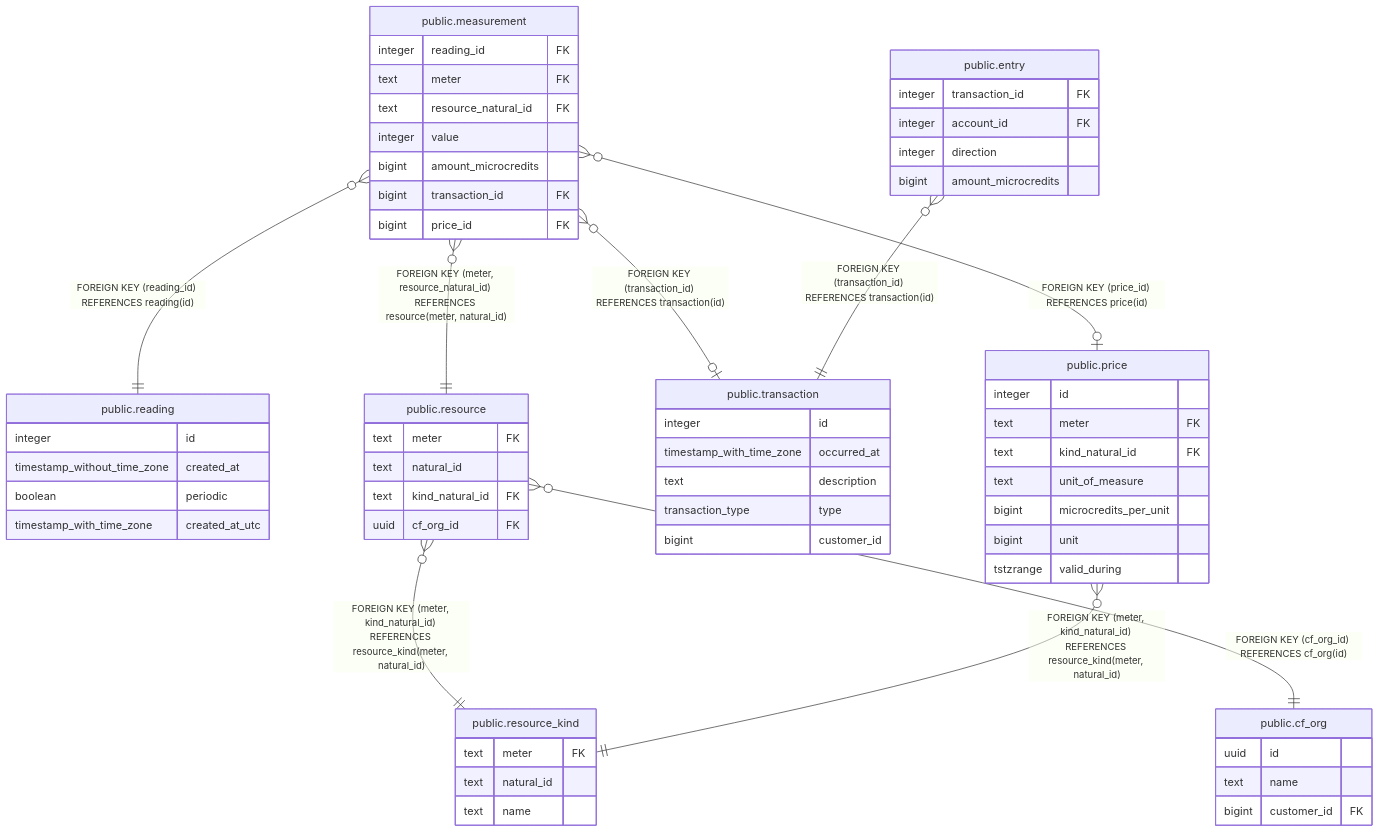
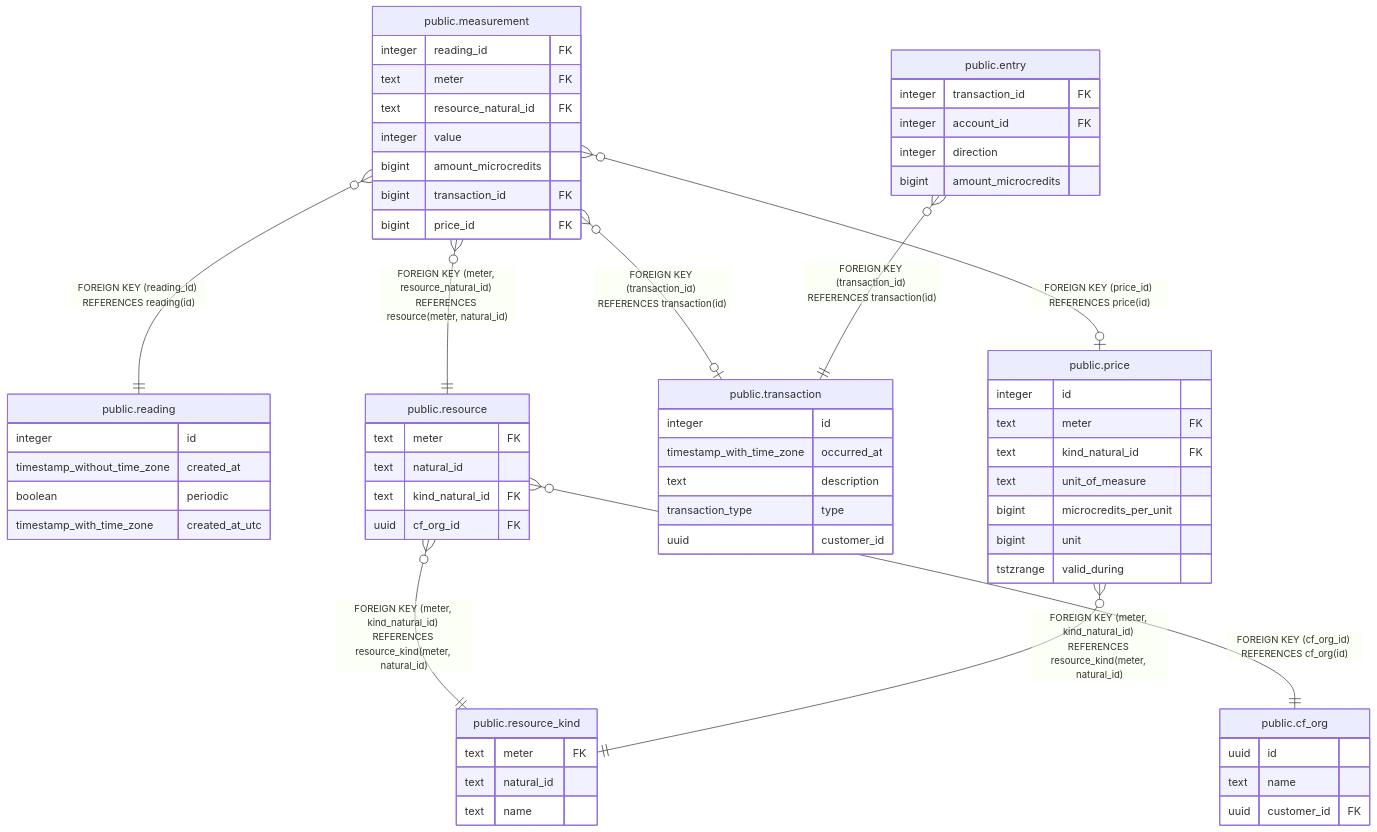
One commit to cloud-gov/billing changed the diagram in docs/db-schema/public.measurement.md. Above: the diagram before and after it, drawn with Mermaid. The commit also changed 15 other files, not shown here.

````diff
--- a/docs/db-schema/public.measurement.md
+++ b/docs/db-schema/public.measurement.md
@@ -35,66 +35,66 @@
 ```mermaid
 erDiagram
 
 "public.measurement" }o--|| "public.reading" : "FOREIGN KEY (reading_id) REFERENCES reading(id)"
 "public.measurement" }o--|| "public.resource" : "FOREIGN KEY (meter, resource_natural_id) REFERENCES resource(meter, natural_id)"
 "public.resource" }o--|| "public.resource_kind" : "FOREIGN KEY (meter, kind_natural_id) REFERENCES resource_kind(meter, natural_id)"
 "public.resource" }o--|| "public.cf_org" : "FOREIGN KEY (cf_org_id) REFERENCES cf_org(id)"
 "public.measurement" }o--o| "public.transaction" : "FOREIGN KEY (transaction_id) REFERENCES transaction(id)"
 "public.entry" }o--|| "public.transaction" : "FOREIGN KEY (transaction_id) REFERENCES transaction(id)"
 "public.measurement" }o--o| "public.price" : "FOREIGN KEY (price_id) REFERENCES price(id)"
 "public.price" }o--|| "public.resource_kind" : "FOREIGN KEY (meter, kind_natural_id) REFERENCES resource_kind(meter, natural_id)"
 
 "public.measurement" {
   integer reading_id FK
   text meter FK
   text resource_natural_id FK
   integer value
   bigint amount_microcredits
   bigint transaction_id FK
   bigint price_id FK
 }
 "public.reading" {
   integer id
   timestamp_without_time_zone created_at
   boolean periodic
   timestamp_with_time_zone created_at_utc
 }
 "public.resource" {
   text meter FK
   text natural_id
   text kind_natural_id FK
   uuid cf_org_id FK
 }
 "public.resource_kind" {
   text meter FK
   text natural_id
   text name
 }
 "public.cf_org" {
   uuid id
   text name
-  bigint customer_id FK
+  uuid customer_id FK
 }
 "public.transaction" {
   integer id
   timestamp_with_time_zone occurred_at
   text description
   transaction_type type
-  bigint customer_id
+  uuid customer_id
 }
 "public.entry" {
   integer transaction_id FK
   integer account_id FK
   integer direction
   bigint amount_microcredits
 }
 "public.price" {
   integer id
   text meter FK
   text kind_natural_id FK
   text unit_of_measure
   bigint microcredits_per_unit
   bigint unit
   tstzrange valid_during
 }
 ```
````
